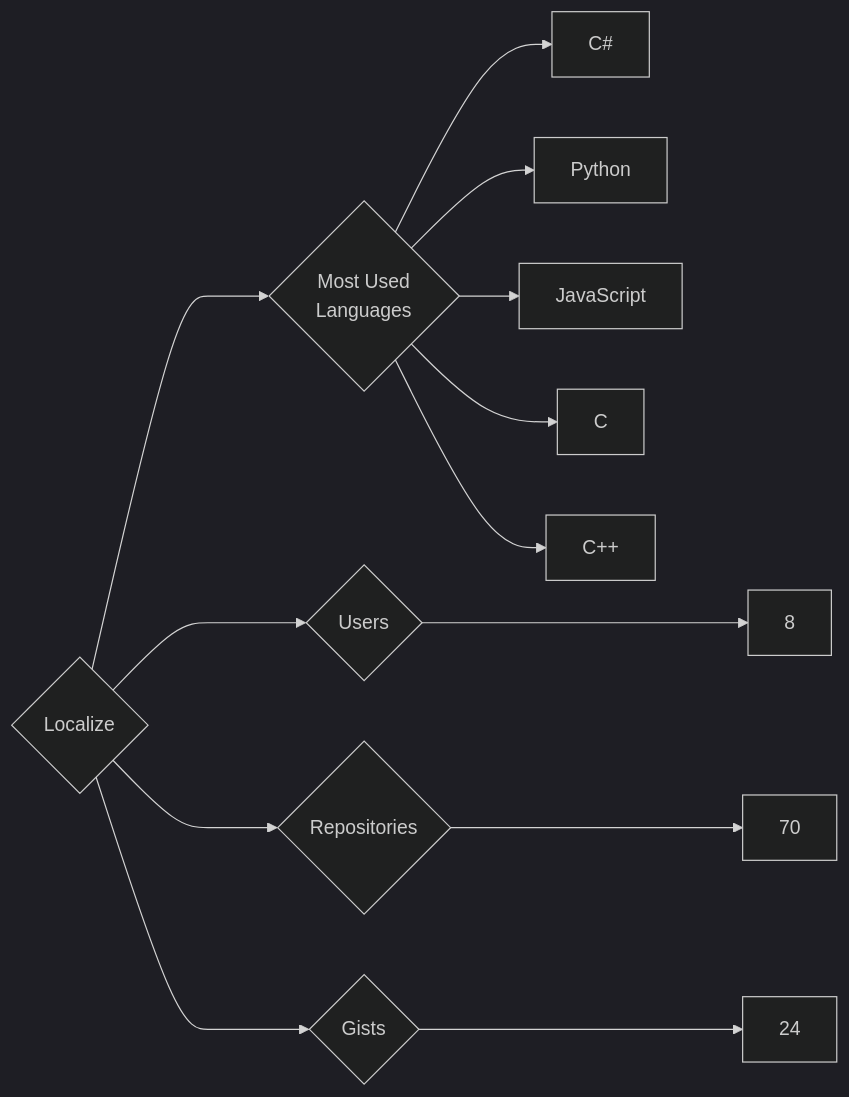
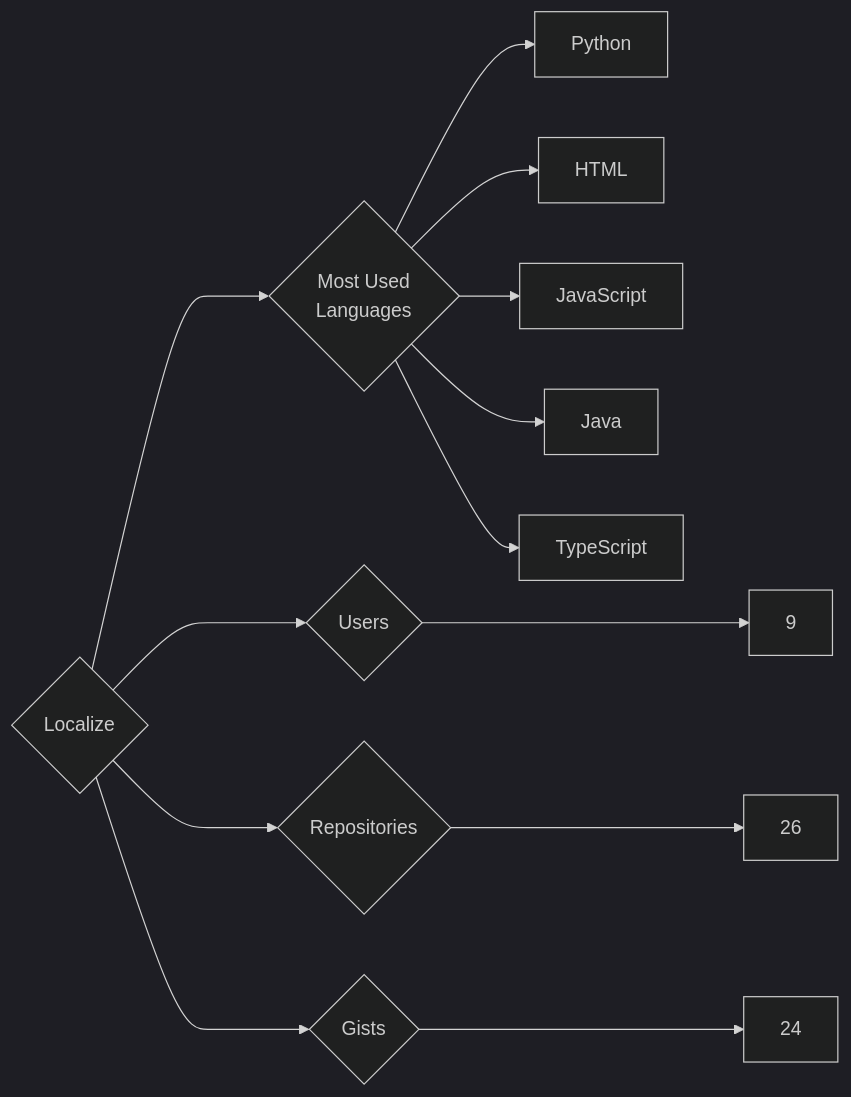
One commit to trickest/insiders changed the diagram in targets/Localize/README.md. Above: the diagram before and after it, drawn with Mermaid (dark theme). The commit also changed 1496 other files, not shown here.

````diff
--- a/targets/Localize/README.md
+++ b/targets/Localize/README.md
@@ -3,13 +3,13 @@
 ```mermaid
 graph LR
 COMPANY_NAME{Localize}
-COMPANY_NAME ---> U{Users} ---> UN[8]
-COMPANY_NAME ---> R{Repositories} ---> RN[70]
+COMPANY_NAME ---> U{Users} ---> UN[9]
+COMPANY_NAME ---> R{Repositories} ---> RN[26]
 COMPANY_NAME ---> G{Gists} ---> GN[24]
 COMPANY_NAME ---> ML{Most Used<br>Languages}
-ML --> C#[C#]
 ML --> Python[Python]
+ML --> HTML[HTML]
 ML --> JavaScript[JavaScript]
-ML --> C[C]
-ML --> C++[C++]
+ML --> Java[Java]
+ML --> TypeScript[TypeScript]
 ```
````
